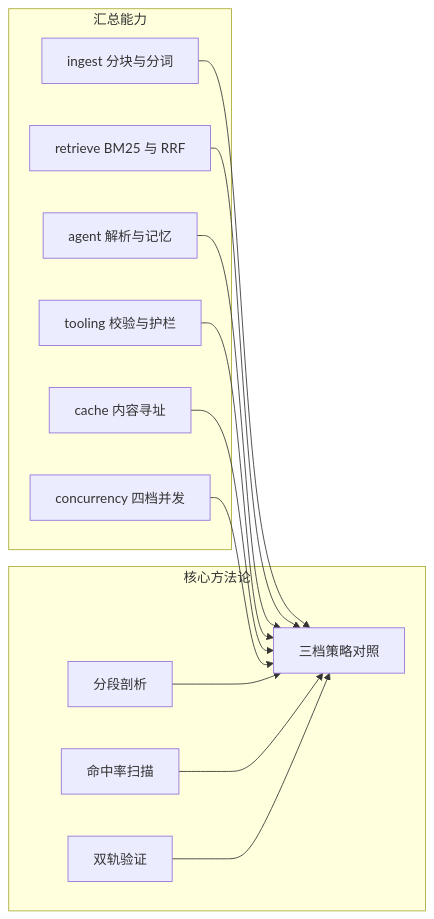
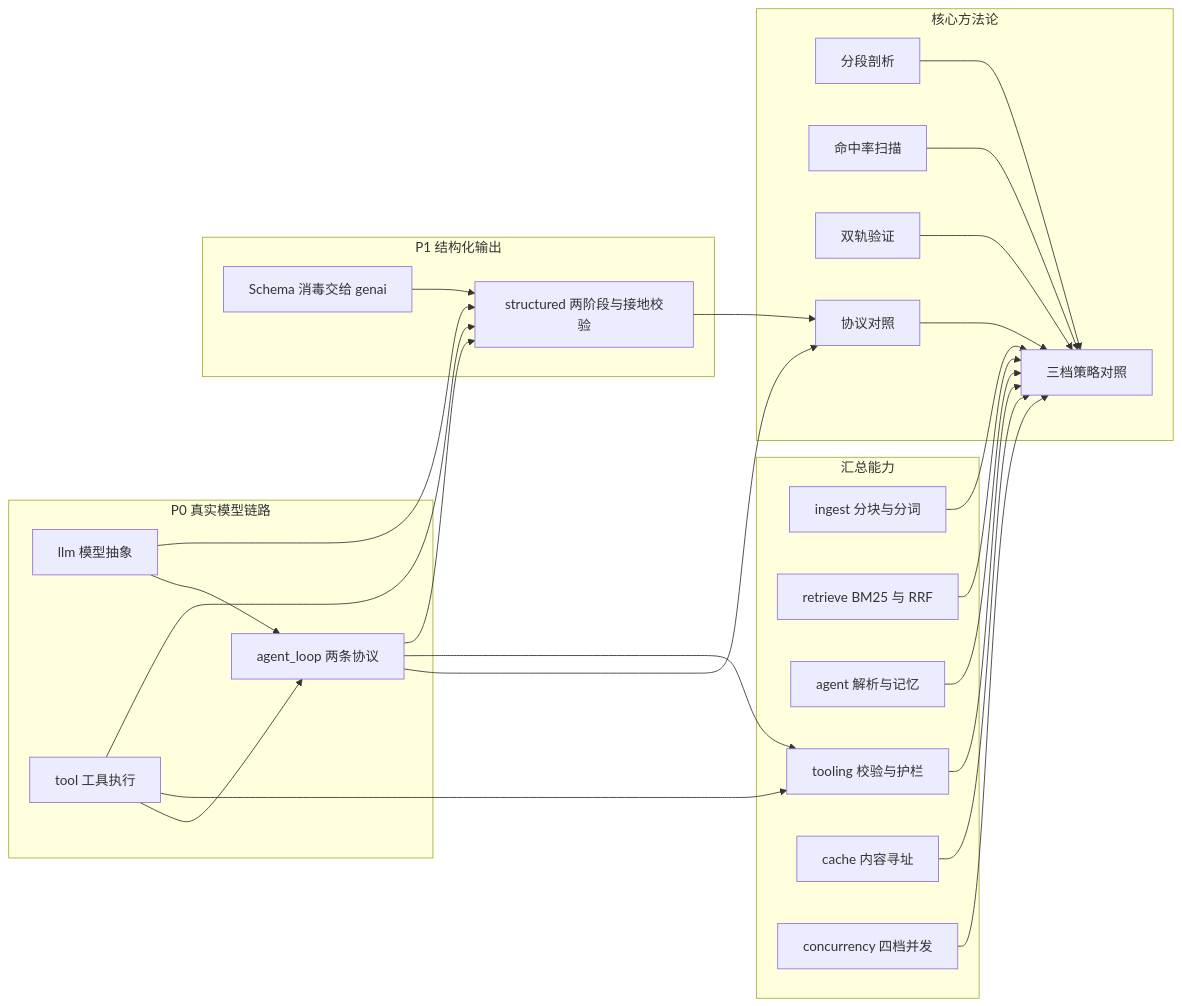
One commit to heheshang/agent-learn changed the third of 3 diagrams in 25-agent-summary/README.md. Above: the diagram before and after it, drawn with Mermaid. The commit also changed other lines of this file and 17 other files, not shown here.

First line of the commit message:
feat(25): 接入真实 LLM，补上 Agent 循环与结构化输出（P0 + P1）

````diff
--- a/25-agent-summary/README.md
+++ b/25-agent-summary/README.md
@@ -373,29 +804,54 @@
 ```mermaid
 graph LR
     subgraph 汇总能力
         A[ingest 分块与分词]
         B[retrieve BM25 与 RRF]
         C[agent 解析与记忆]
         D[tooling 校验与护栏]
         E[cache 内容寻址]
         F[concurrency 四档并发]
     end
 
+    subgraph P0 真实模型链路
+        L[llm 模型抽象]
+        M[tool 工具执行]
+        N[agent_loop 两条协议]
+    end
+
+    subgraph P1 结构化输出
+        O[structured 两阶段与接地校验]
+        P[Schema 消毒交给 genai]
+    end
+
     subgraph 核心方法论
         G[三档策略对照]
         H[分段剖析]
         I[命中率扫描]
         J[双轨验证]
+        K[协议对照]
     end
 
     A --> G
     B --> G
     C --> G
     D --> G
     E --> G
     F --> G
 
+    L --> N
+    M --> N
+    N --> K
+    N --> D
+    M --> D
+
+    L --> O
+    N --> O
+    M --> O
+    P --> O
+    O --> K
+
     H --> G
     I --> G
     J --> G
+    K --> G
 ```
````
